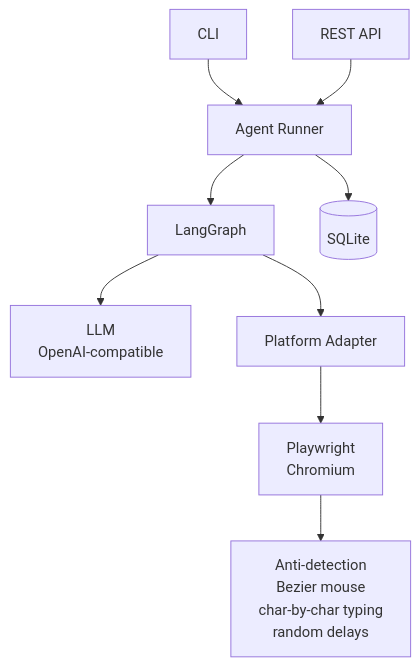
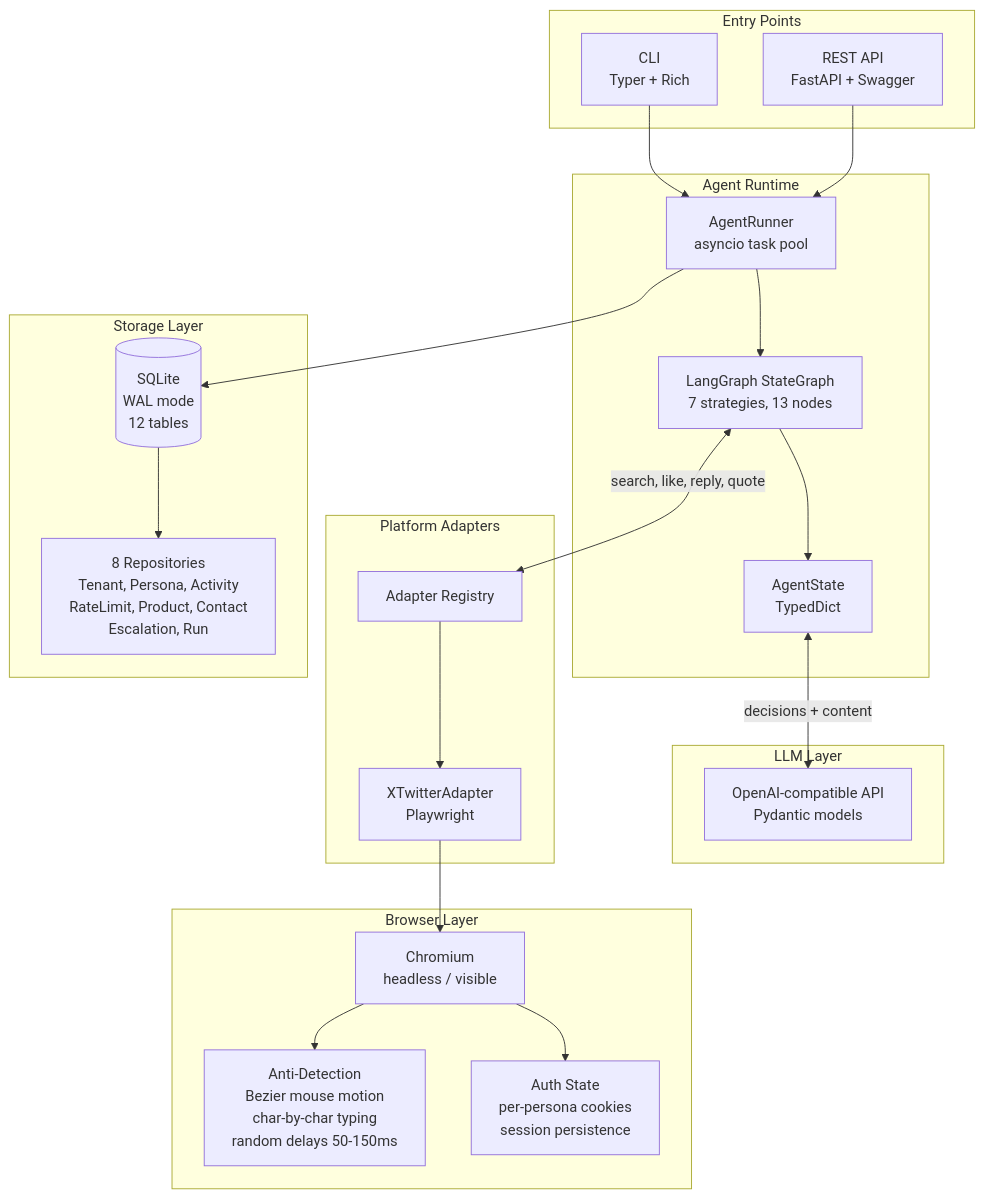
One commit to yumpyy/x-persona changed the diagram in README.md. Above: the diagram before and after it, drawn with Mermaid.

Commit message:
docs: restore detailed architecture diagram, keep rest clean

````diff
--- a/README.md
+++ b/README.md
@@ -16,14 +16,51 @@
 ```mermaid
 graph TB
-    CLI[CLI] --> Runner[Agent Runner]
-    API[REST API] --> Runner
+    subgraph "Entry Points"
+        CLI[CLI<br/>Typer + Rich]
+        API[REST API<br/>FastAPI + Swagger]
+    end
 
-    Runner --> Graph[LangGraph]
-    Graph --> LLM[LLM<br/>OpenAI-compatible]
-    Graph --> Adapter[Platform Adapter]
+    subgraph "Agent Runtime"
+        Runner["AgentRunner<br/>asyncio task pool"]
+        Graph["LangGraph StateGraph<br/>7 strategies, 13 nodes"]
+        State["AgentState<br/>TypedDict"]
 
-    Adapter --> Browser[Playwright<br/>Chromium]
-    Browser --> AntiDet[Anti-detection<br/>Bezier mouse<br/>char-by-char typing<br/>random delays]
+        Runner --> Graph
+        Graph --> State
+    end
 
-    Runner --> DB[(SQLite)]
+    CLI --> Runner
+    API --> Runner
+
+    subgraph "LLM Layer"
+        LLM["OpenAI-compatible API<br/>Pydantic models"]
+    end
+
+    State <-->|decisions + content| LLM
+
+    subgraph "Platform Adapters"
+        Registry["Adapter Registry"]
+        X["XTwitterAdapter<br/>Playwright"]
+        Registry --> X
+    end
+
+    Graph <-->|search, like, reply, quote| Registry
+
+    subgraph "Browser Layer"
+        Browser["Chromium<br/>headless / visible"]
+        AntiDet["Anti-Detection<br/>Bezier mouse motion<br/>char-by-char typing<br/>random delays 50-150ms"]
+        Auth["Auth State<br/>per-persona cookies<br/>session persistence"]
+    end
+
+    X --> Browser
+    Browser --> AntiDet
+    Browser --> Auth
+
+    subgraph "Storage Layer"
+        DB[("SQLite<br/>WAL mode<br/>12 tables")]
+        Repos["8 Repositories<br/>Tenant, Persona, Activity<br/>RateLimit, Product, Contact<br/>Escalation, Run"]
+    end
+
+    Runner --> DB
+    DB --> Repos
 ```
````
